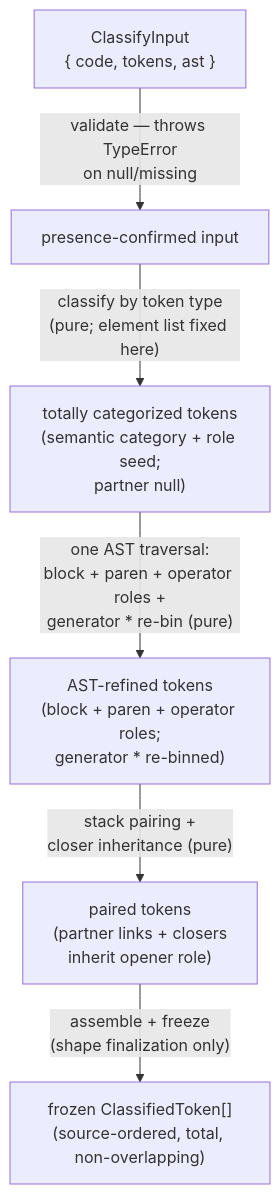
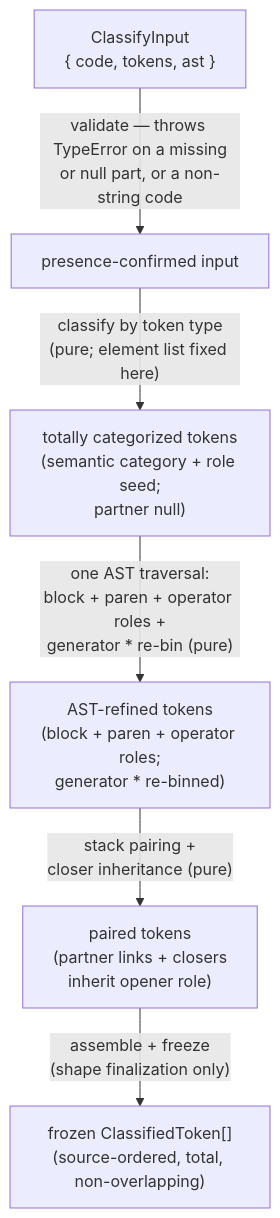
One commit to codeschoolinabox/curricula changed the diagram in src/lib/study-lenses/lib/classifying/DOCS.md. Above: the diagram before and after it, drawn with Mermaid. The commit also changed other lines of this file and 4 other files, not shown here.

````diff
--- a/src/lib/study-lenses/lib/classifying/DOCS.md
+++ b/src/lib/study-lenses/lib/classifying/DOCS.md
@@ -109,15 +109,15 @@
 ```mermaid
 flowchart TD
     In["ClassifyInput<br/>{ code, tokens, ast }"]
     Confirmed["presence-confirmed input"]
     Seeded["totally categorized tokens<br/>(semantic category + role seed;<br/>partner null)"]
     Refined["AST-refined tokens<br/>(block + paren + operator roles;<br/>generator * re-binned)"]
     Paired["paired tokens<br/>(partner links + closers<br/>inherit opener role)"]
     Out["frozen ClassifiedToken[]<br/>(source-ordered, total, non-overlapping)"]
 
-    In -->|"validate — throws TypeError<br/>on null/missing"| Confirmed
+    In -->|"validate — throws TypeError on a missing<br/>or null part, or a non-string code"| Confirmed
     Confirmed -->|"classify by token type<br/>(pure; element list fixed here)"| Seeded
     Seeded -->|"one AST traversal:<br/>block + paren + operator roles +<br/>generator * re-bin (pure)"| Refined
     Refined -->|"stack pairing +<br/>closer inheritance (pure)"| Paired
     Paired -->|"assemble + freeze<br/>(shape finalization only)"| Out
 ```
````
